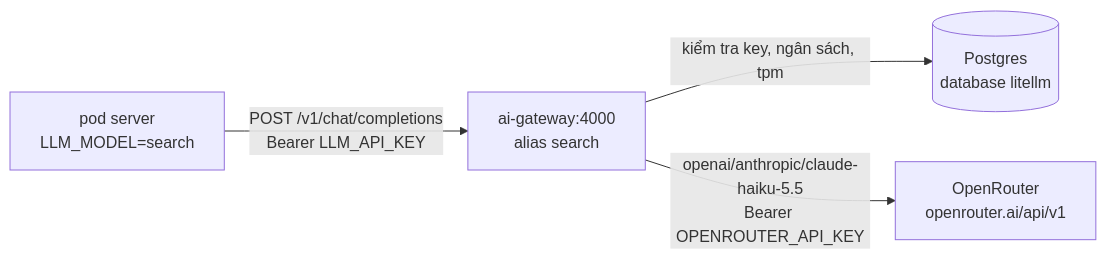
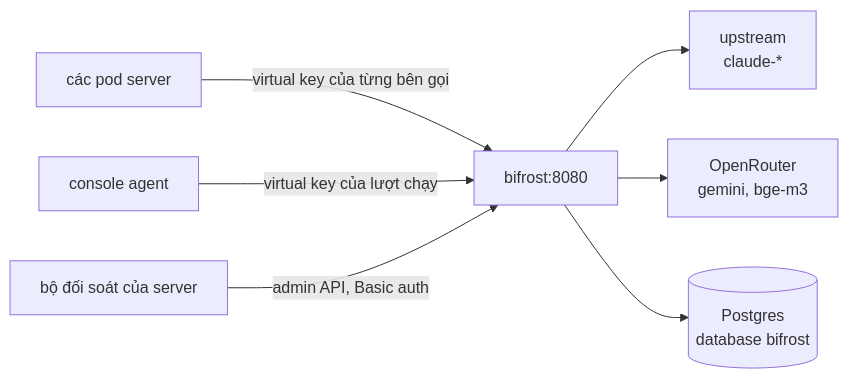
The diagram in web/src/content/docs/vi/operations/cluster/llm-gateway.mdx (shopnexus/docs), drawn with Mermaid before and after one commit. The commit also changed other lines of this file and 1 other file, not shown here.

Commit message:
web: the LLM gateway page describes Bifrost

````diff
--- a/web/src/content/docs/vi/operations/cluster/llm-gateway.mdx
+++ b/web/src/content/docs/vi/operations/cluster/llm-gateway.mdx
@@ -52,6 +49,9 @@
-```mermaid title="Một câu truy vấn tìm kiếm, từ server tới mô hình"
+```mermaid title="Bifrost trong một stack"
 flowchart LR
-  server["pod server<br/>LLM_MODEL=search"] -->|"POST /v1/chat/completions<br/>Bearer LLM_API_KEY"| gw["ai-gateway:4000<br/>alias search"]
-  gw -->|"kiểm tra key, ngân sách, tpm"| db[("Postgres<br/>database litellm")]
-  gw -->|"openai/anthropic/claude-haiku-5.5<br/>Bearer OPENROUTER_API_KEY"| or["OpenRouter<br/>openrouter.ai/api/v1"]
+  server["các pod server"] -->|"virtual key của từng bên gọi"| bf["bifrost:8080"]
+  agent["console agent"] -->|"virtual key của lượt chạy"| bf
+  rec["bộ đối soát của server"] -->|"admin API, Basic auth"| bf
+  bf --> up["upstream<br/>claude-*"]
+  bf --> or["OpenRouter<br/>gemini, bge-m3"]
+  bf --> db[("Postgres<br/>database bifrost")]
 ```
````
